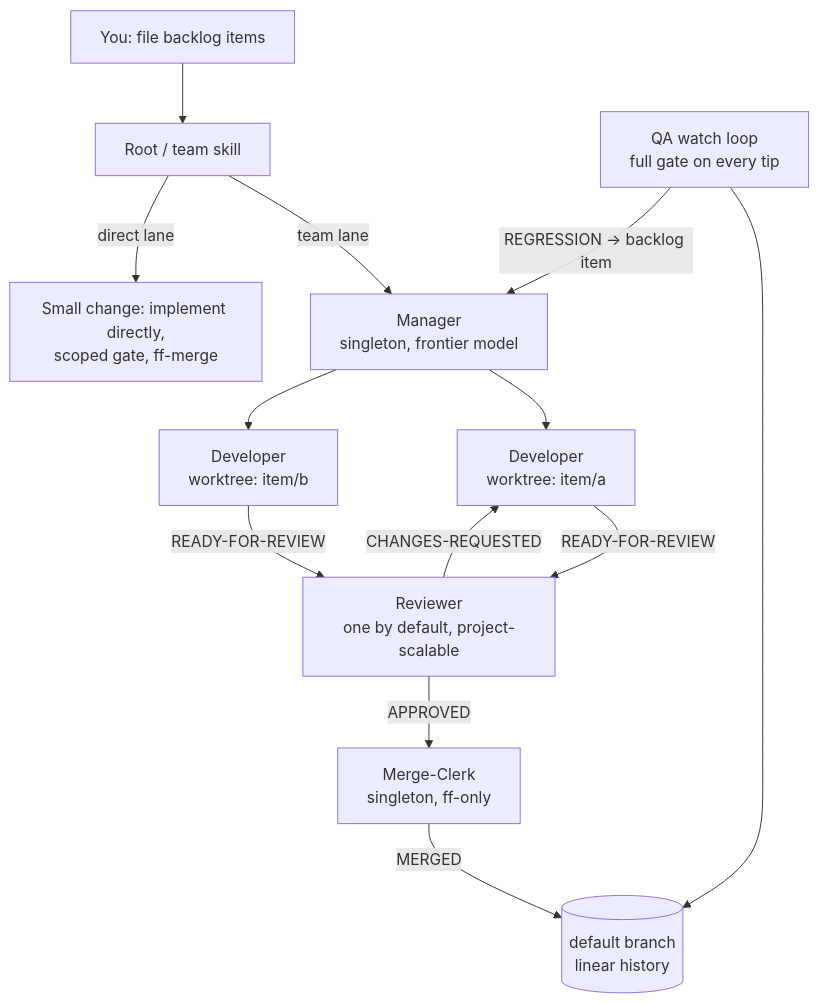
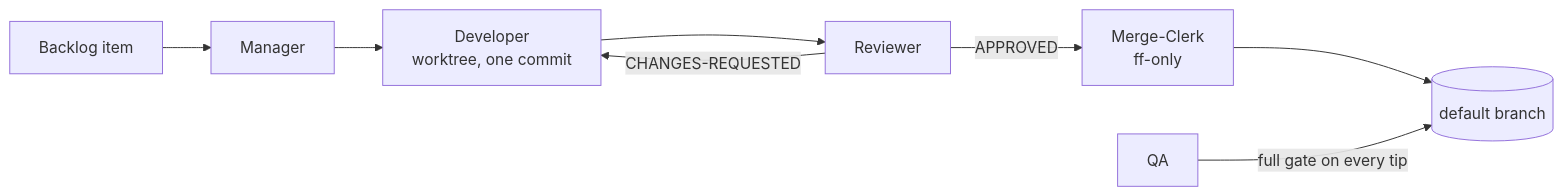
The diagram in README.md (dipeshc/claude-delivery-team), drawn with Mermaid before and after one commit. The commit also changed other lines of this file, not shown here.

````diff
--- a/README.md
+++ b/README.md
@@ -34,15 +44,10 @@
 ```mermaid
-flowchart TD
-    U[You: file backlog items] --> R[Root / team skill]
-    R -->|team lane| M[Manager<br/>singleton, frontier model]
-    R -->|direct lane| D0[Small change: implement directly,<br/>scoped gate, ff-merge]
-    M --> DEV1[Developer<br/>worktree: item/a]
-    M --> DEV2[Developer<br/>worktree: item/b]
-    DEV1 -->|READY-FOR-REVIEW| REV[Reviewer<br/>one by default, project-scalable]
-    DEV2 -->|READY-FOR-REVIEW| REV
-    REV -->|APPROVED| MC[Merge-Clerk<br/>singleton, ff-only]
-    REV -->|CHANGES-REQUESTED| DEV1
-    MC -->|MERGED| MAIN[(default branch<br/>linear history)]
-    QA[QA watch loop<br/>full gate on every tip] --> MAIN
-    QA -->|REGRESSION → backlog item| M
+flowchart LR
+    B[Backlog item] --> M[Manager]
+    M --> D[Developer<br/>worktree, one commit]
+    D --> R[Reviewer]
+    R -->|CHANGES-REQUESTED| D
+    R -->|APPROVED| MC[Merge-Clerk<br/>ff-only]
+    MC --> MAIN[(default branch)]
+    QA[QA] -->|full gate on every tip| MAIN
 ```
````
